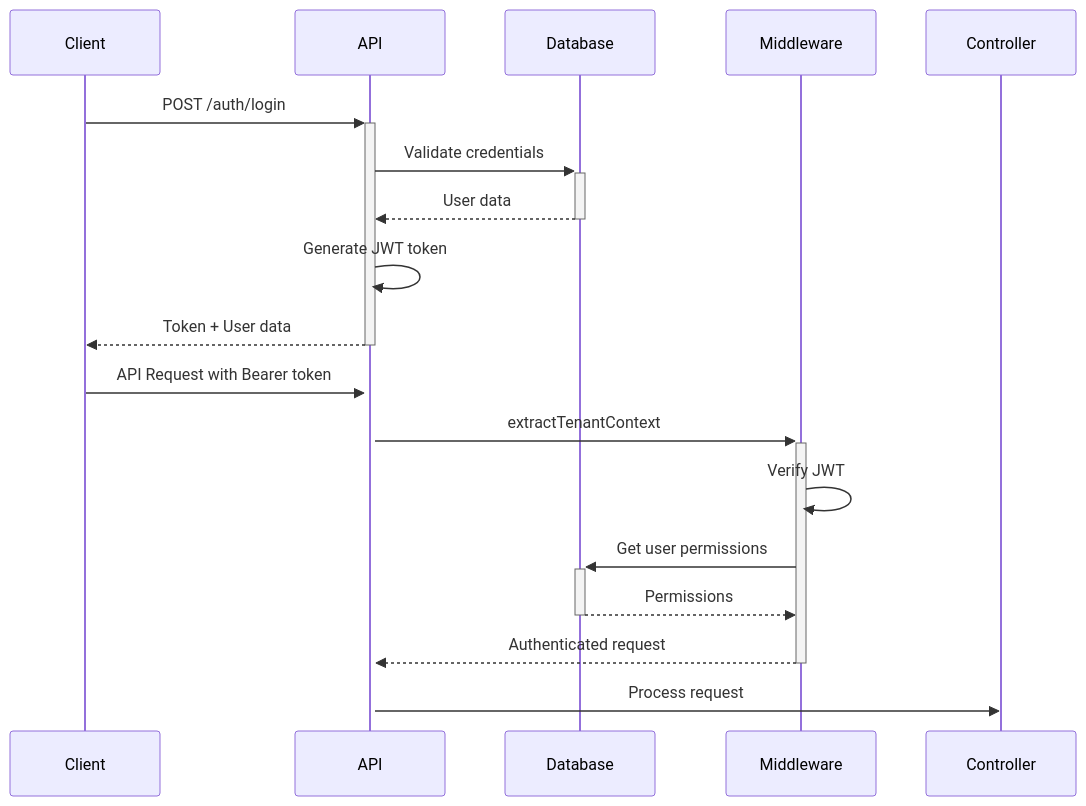
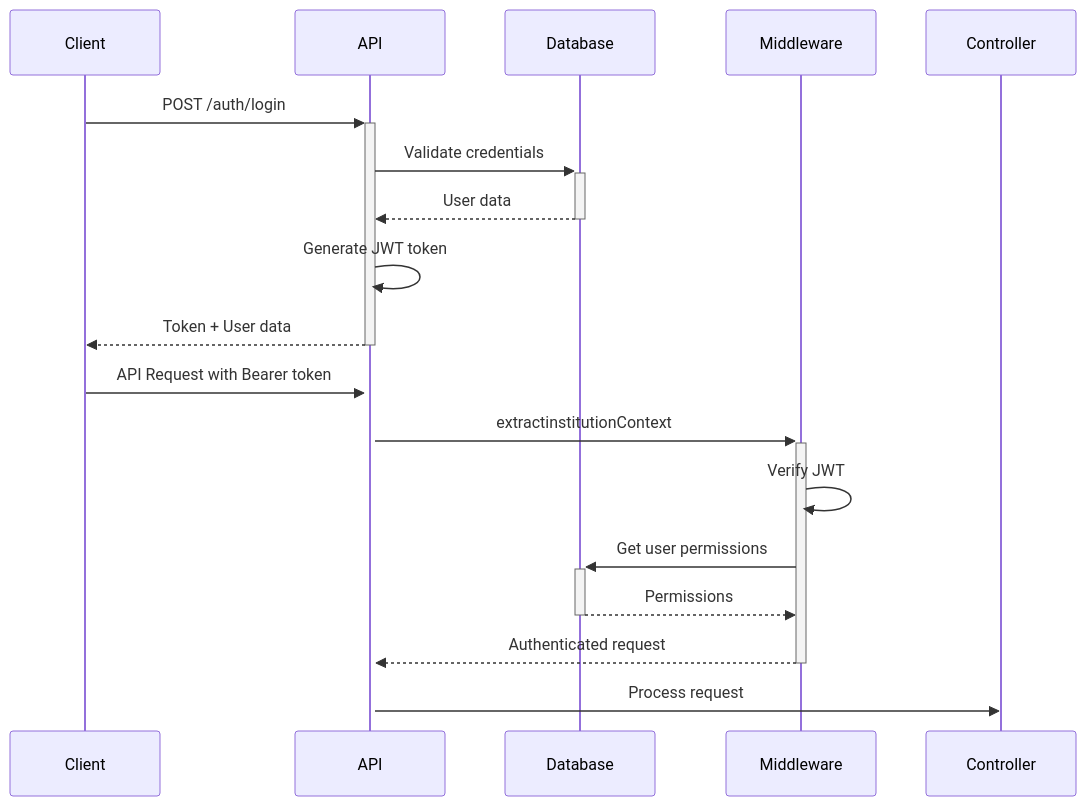
The diagram in DEVELOPER_GUIDE.md (lokendra303/Inventory_Management_Node.js_Production), drawn with Mermaid before and after one commit. The commit also changed other lines of this file and 155 other files, not shown here.

````diff
--- a/DEVELOPER_GUIDE.md
+++ b/DEVELOPER_GUIDE.md
@@ -69,16 +69,16 @@
 ```mermaid
 sequenceDiagram
     Client->>+API: POST /auth/login
     API->>+Database: Validate credentials
     Database-->>-API: User data
     API->>API: Generate JWT token
     API-->>-Client: Token + User data
     
     Client->>+API: API Request with Bearer token
-    API->>+Middleware: extractTenantContext
+    API->>+Middleware: extractinstitutionContext
     Middleware->>Middleware: Verify JWT
     Middleware->>+Database: Get user permissions
     Database-->>-Middleware: Permissions
     Middleware-->>-API: Authenticated request
     API->>Controller: Process request
 ```
````
